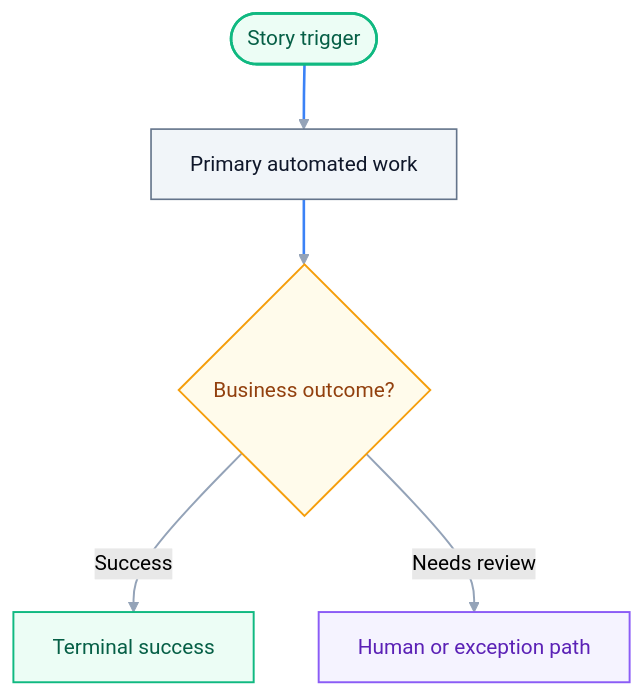
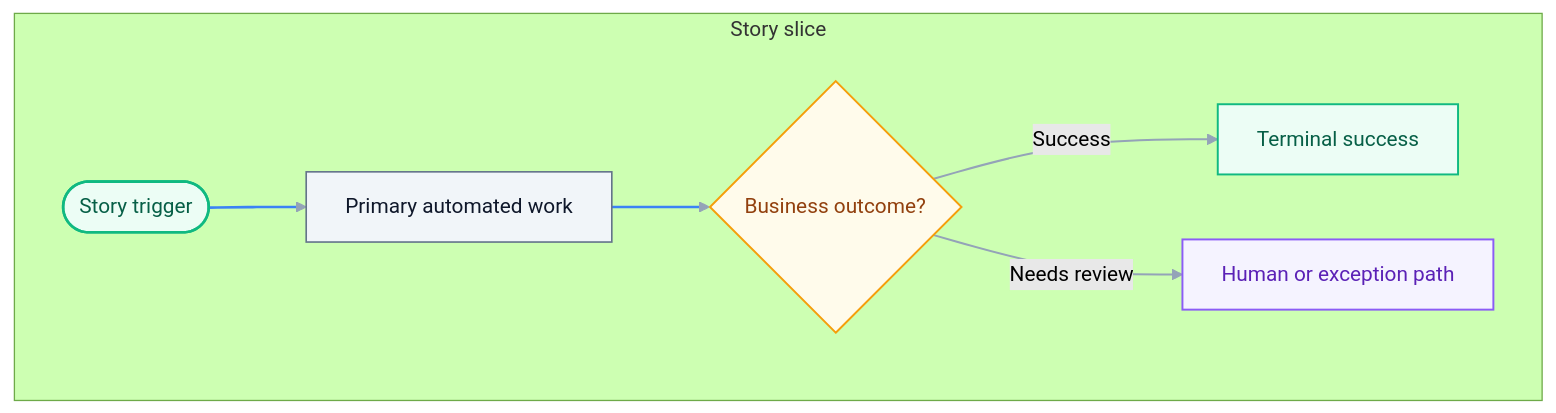
One commit to DanielaRosenn/uiplan-agent-of-agents changed the first of 5 diagrams in templates/uiplan/_plan-template.md. Above: the diagram before and after it, drawn with Mermaid (forest theme). The commit also changed other lines of this file and 11 other files, not shown here.

````diff
--- a/templates/uiplan/_plan-template.md
+++ b/templates/uiplan/_plan-template.md
@@ -59,21 +59,23 @@
 ```mermaid
 flowchart TD
-  Start([Story trigger]):::start
-  Work[Primary automated work]:::process
-  Decide{Business outcome?}:::decision
-  Done[Terminal success]:::success
-  Review[Human or exception path]:::human
+  subgraph Journey["Story slice"]
+    Start([Story trigger]):::start
+    Work[Primary automated work]:::process
+    Decide{Business outcome?}:::decision
+    Done[Terminal success]:::success
+    Review[Human or exception path]:::human
+  end
 
   Start --> Work --> Decide
   Decide -- Success --> Done
   Decide -- Needs review --> Review
 
   classDef start fill:#ECFDF5,stroke:#10B981,color:#065F46,stroke-width:2px
   classDef process fill:#F1F5F9,stroke:#64748B,color:#0F172A,stroke-width:1.25px
   classDef decision fill:#FFFBEB,stroke:#F59E0B,color:#92400E,stroke-width:1.5px
   classDef success fill:#ECFDF5,stroke:#10B981,color:#065F46,stroke-width:1.5px
   classDef human fill:#F5F3FF,stroke:#8B5CF6,color:#5B21B6,stroke-width:1.5px
 
   linkStyle default stroke:#94A3B8,stroke-width:1.5px
   linkStyle 0,1 stroke:#3B82F6,stroke-width:2px
 ```
````
